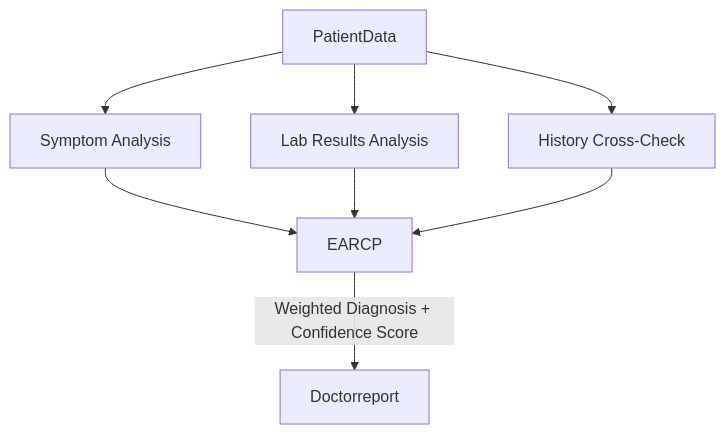
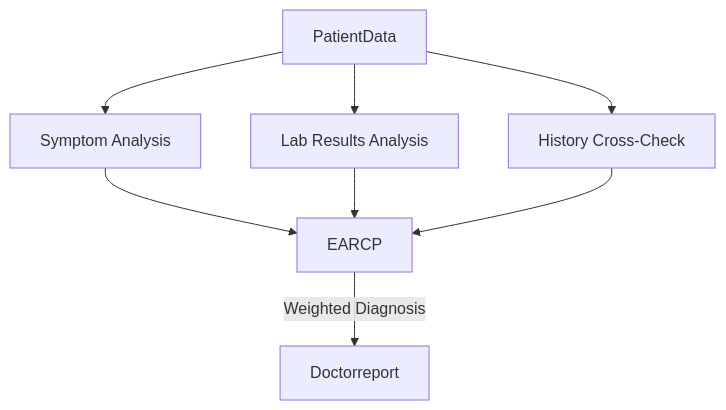
One commit to Volgat/earcp changed the second of 2 diagrams in documentation.md. Above: the diagram before and after it, drawn with Mermaid. The commit also changed other lines of this file and 6 other files, not shown here.

````diff
--- a/documentation.md
+++ b/documentation.md
@@ -109,12 +109,12 @@
 ```mermaid
 graph TD
-    PatientData --> SymptomExp[Symptom Analysis]
-    PatientData --> LabExp[Lab Results Analysis]
-    PatientData --> HistExp[History Cross-Check]
+    PatientData --> SymptomExp["Symptom Analysis"]
+    PatientData --> LabExp["Lab Results Analysis"]
+    PatientData --> HistExp["History Cross-Check"]
     
     SymptomExp --> EARCP
     LabExp --> EARCP
     HistExp --> EARCP
     
-    EARCP -- "Weighted Diagnosis + Confidence Score" --> Doctorreport
+    EARCP -- "Weighted Diagnosis" --> Doctorreport
 ```
````
